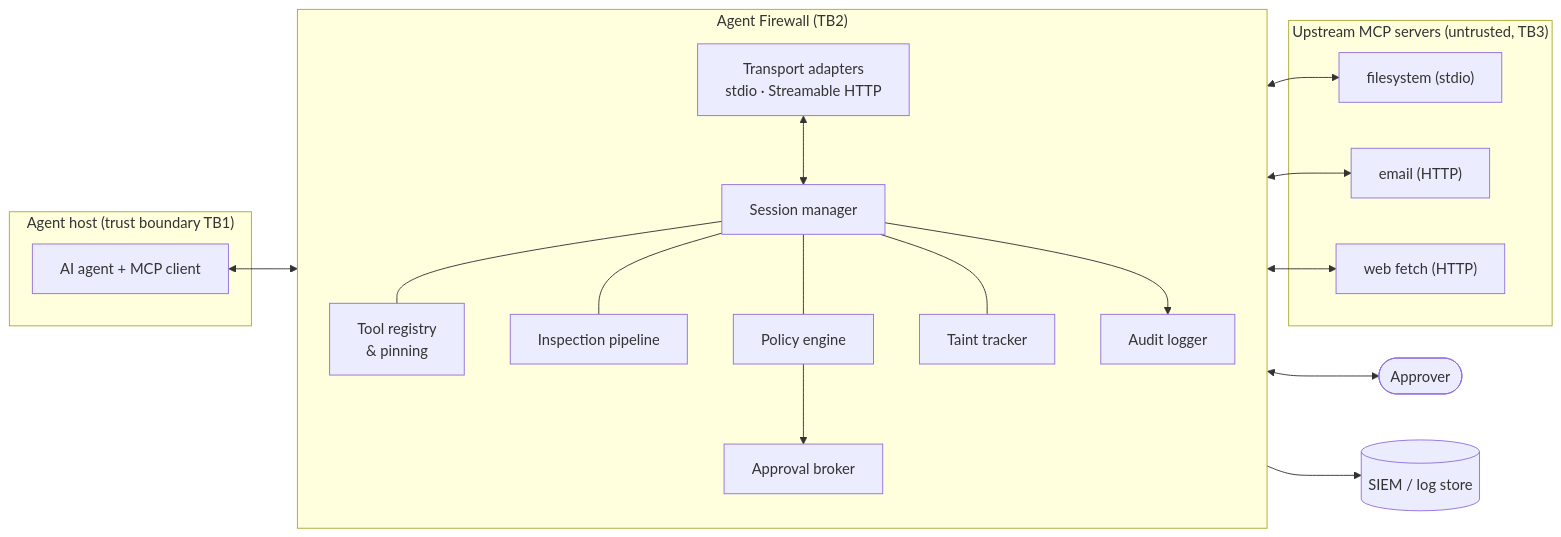
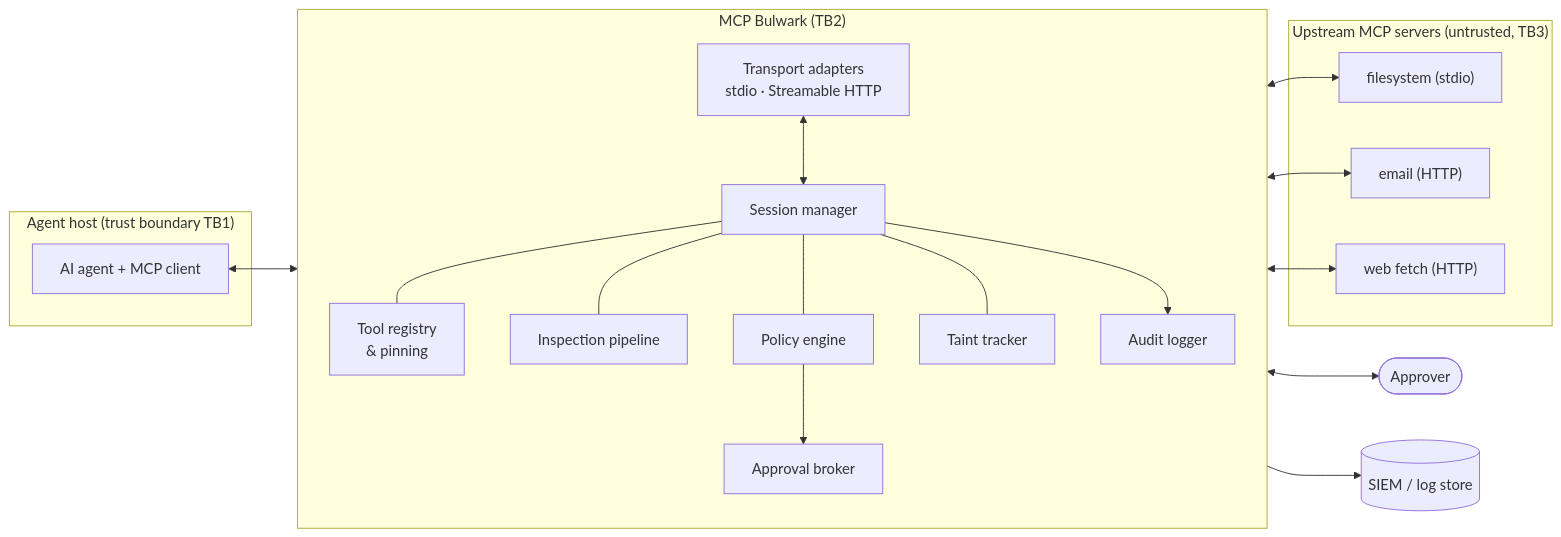
The first of 3 diagrams in DESIGN.md (1337-llama/robust-mcp-bulwark), drawn with Mermaid before and after one commit. The commit also changed other lines of this file and 20 other files, not shown here.

First line of the commit message:
Set up standalone repository for MCP Bulwark

````diff
--- a/DESIGN.md
+++ b/DESIGN.md
@@ -119,36 +120,36 @@
 ```mermaid
 flowchart LR
   subgraph Host["Agent host (trust boundary TB1)"]
     A["AI agent + MCP client"]
   end
-  subgraph GW["Agent Firewall (TB2)"]
+  subgraph GW["MCP Bulwark (TB2)"]
     direction TB
     T["Transport adapters<br/>stdio · Streamable HTTP"]
     S["Session manager"]
     R["Tool registry<br/>& pinning"]
     I["Inspection pipeline"]
     P["Policy engine"]
     F["Taint tracker"]
     H["Approval broker"]
     L["Audit logger"]
   end
   subgraph Up["Upstream MCP servers (untrusted, TB3)"]
     U1["filesystem (stdio)"]
     U2["email (HTTP)"]
     U3["web fetch (HTTP)"]
   end
   Human(["Approver"])
   SIEM[("SIEM / log store")]
   A <--> T
   T <--> S
   S --- R
   S --- I
   S --- P
   S --- F
   P --> H
   H <--> Human
   S --> L --> SIEM
   S <--> U1
   S <--> U2
   S <--> U3
 ```
````
